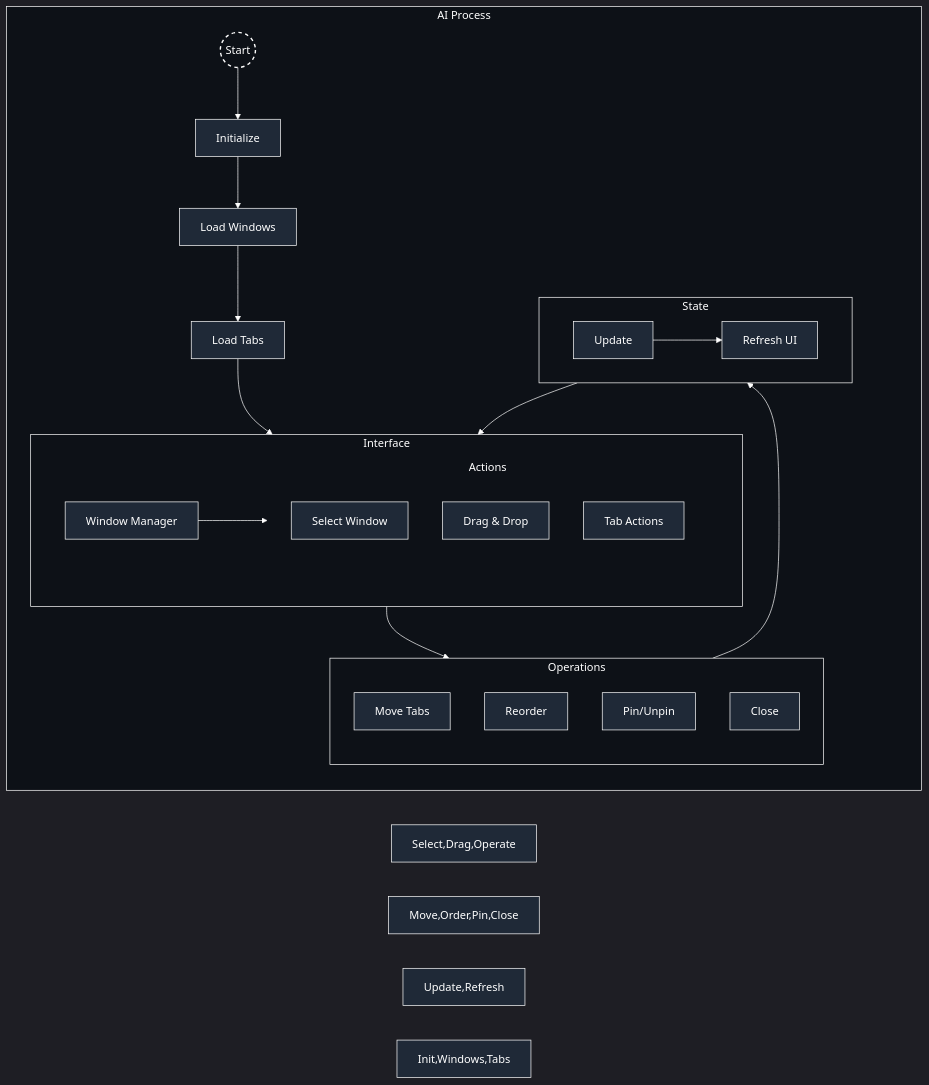
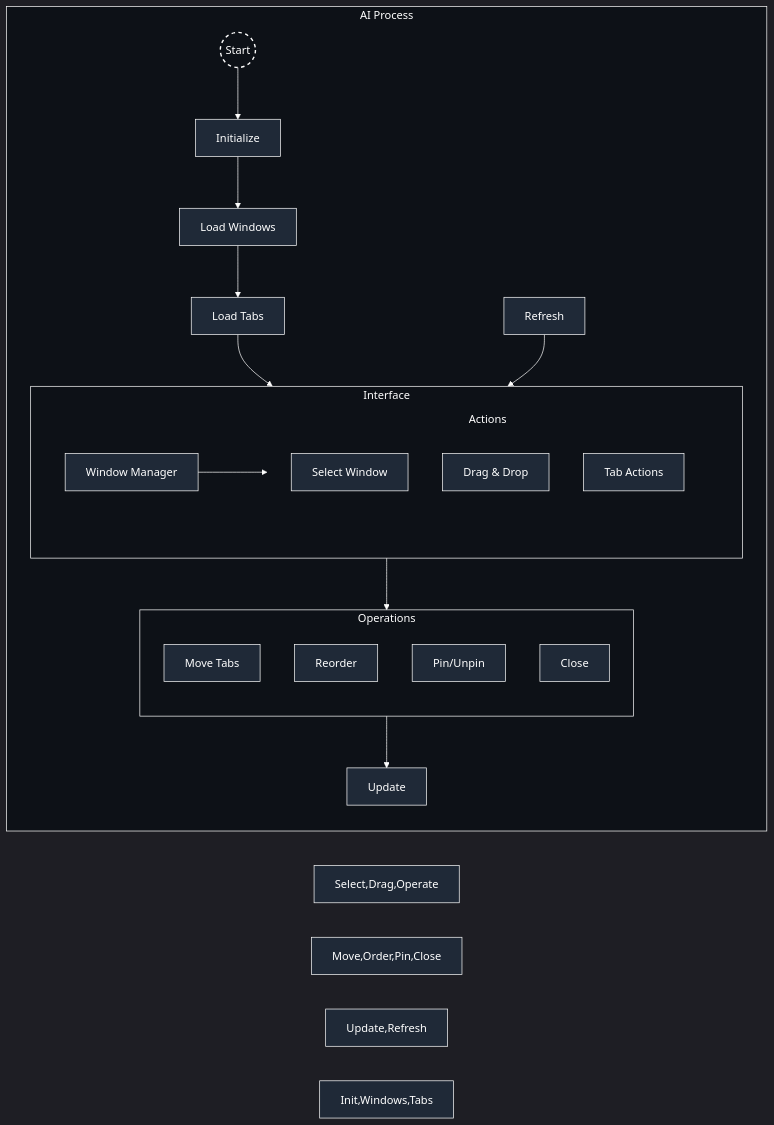
Before and after one commit to moelhaj996/AI-Powered-Tab-Manager-Organizer: the diagram in README.md, drawn with Mermaid. The commit also changed 2 other files, not shown here.

````diff
--- a/README.md
+++ b/README.md
@@ -5,77 +5,72 @@
 ```mermaid
 %%{init: { 
     'theme': 'dark',
     'themeVariables': {
         'background': '#0D1117',
         'primaryColor': '#ffffff',
         'primaryTextColor': '#ffffff',
         'primaryBorderColor': '#ffffff',
         'lineColor': '#ffffff',
         'secondaryColor': '#1f2937',
         'tertiaryColor': '#374151'
     }
 }}%%
 flowchart LR
     %% Main Process Container
     subgraph Process[" AI Process "]
         direction TB
         
         %% Core Flow
         Start((Start)) --> Init["Initialize"]
         Init --> Windows["Load Windows"]
         Windows --> Tabs["Load Tabs"]
         
         %% Interface Layer
         subgraph UI[" Interface "]
             direction LR
             Manager["Window Manager"] --> Actions
             subgraph Actions
                 direction TB
                 Select["Select Window"] 
                 Drag["Drag & Drop"]
                 Operate["Tab Actions"]
             end
         end
         
         %% Operations Layer
         subgraph Ops[" Operations "]
             direction TB
             Move["Move Tabs"]
             Order["Reorder"]
             Pin["Pin/Unpin"]
             Close["Close"]
         end
         
-        %% State Layer
-        subgraph State[" State "]
-            direction LR
-            Update["Update"] --> Refresh["Refresh UI"]
-        end
-        
+       
         %% Connections
         Tabs --> Manager
         Actions --> Ops
         Ops --> Update
         Refresh --> Manager
     end
     
     %% Styling
     classDef default fill:#1f2937,stroke:#ffffff,stroke-width:1px,color:#ffffff
     classDef container fill:#0D1117,stroke:#ffffff,stroke-width:1px,color:#ffffff
     classDef start fill:none,stroke:#ffffff,stroke-width:2px,stroke-dasharray:5 5,color:#ffffff
     
     %% Apply styles
     class Start start
     class Process,UI,Ops,State container
     
     %% Node styles - Dark theme with high contrast
     style Manager fill:#1f2937,stroke:#ffffff,stroke-width:1px,color:#ffffff
     style Actions fill:none,stroke:none,color:#ffffff
     style Select,Drag,Operate fill:#1f2937,stroke:#ffffff,stroke-width:1px,color:#ffffff
     style Move,Order,Pin,Close fill:#1f2937,stroke:#ffffff,stroke-width:1px,color:#ffffff
     style Update,Refresh fill:#1f2937,stroke:#ffffff,stroke-width:1px,color:#ffffff
     style Init,Windows,Tabs fill:#1f2937,stroke:#ffffff,stroke-width:1px,color:#ffffff
 
     %% Link styles
     linkStyle default stroke:#ffffff,stroke-width:1px
 ```
````
